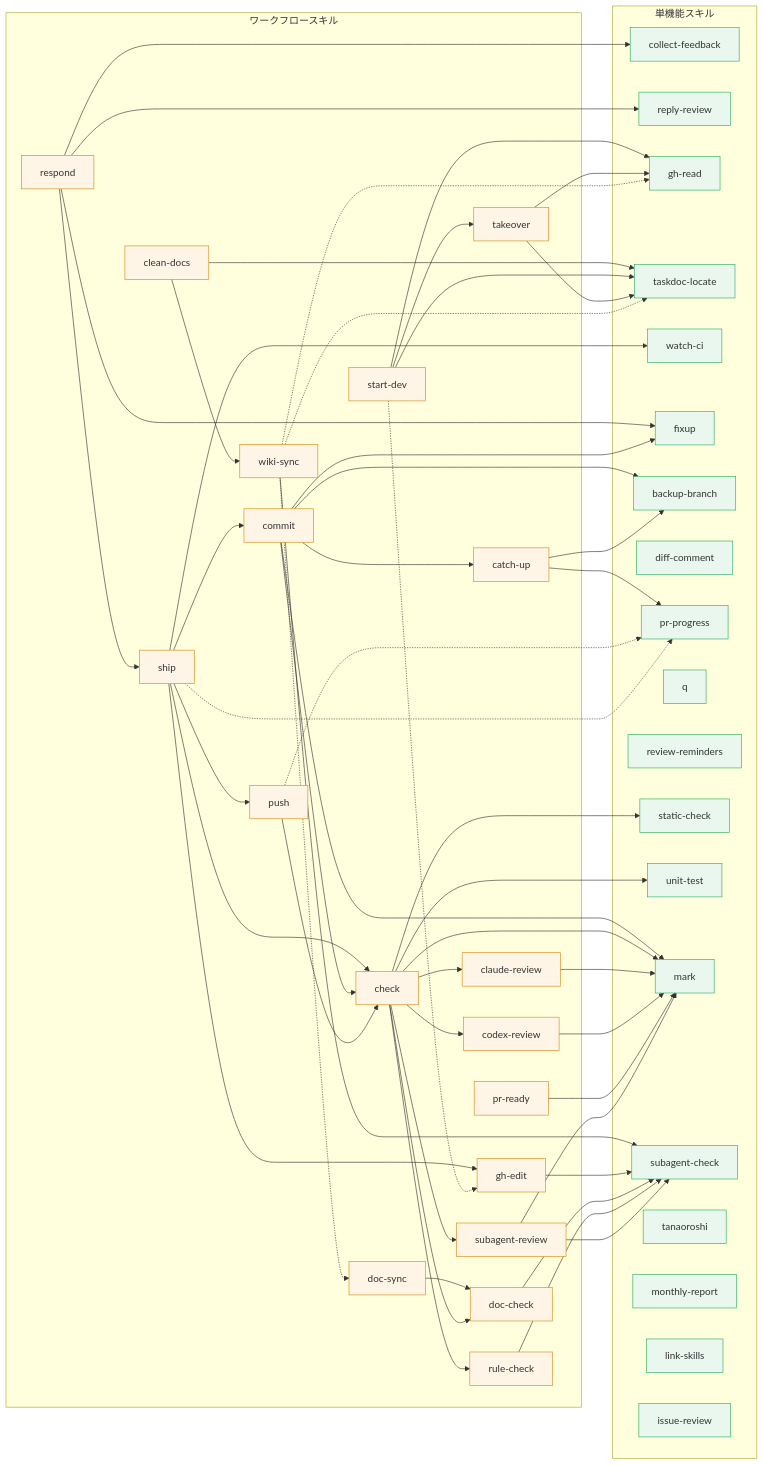
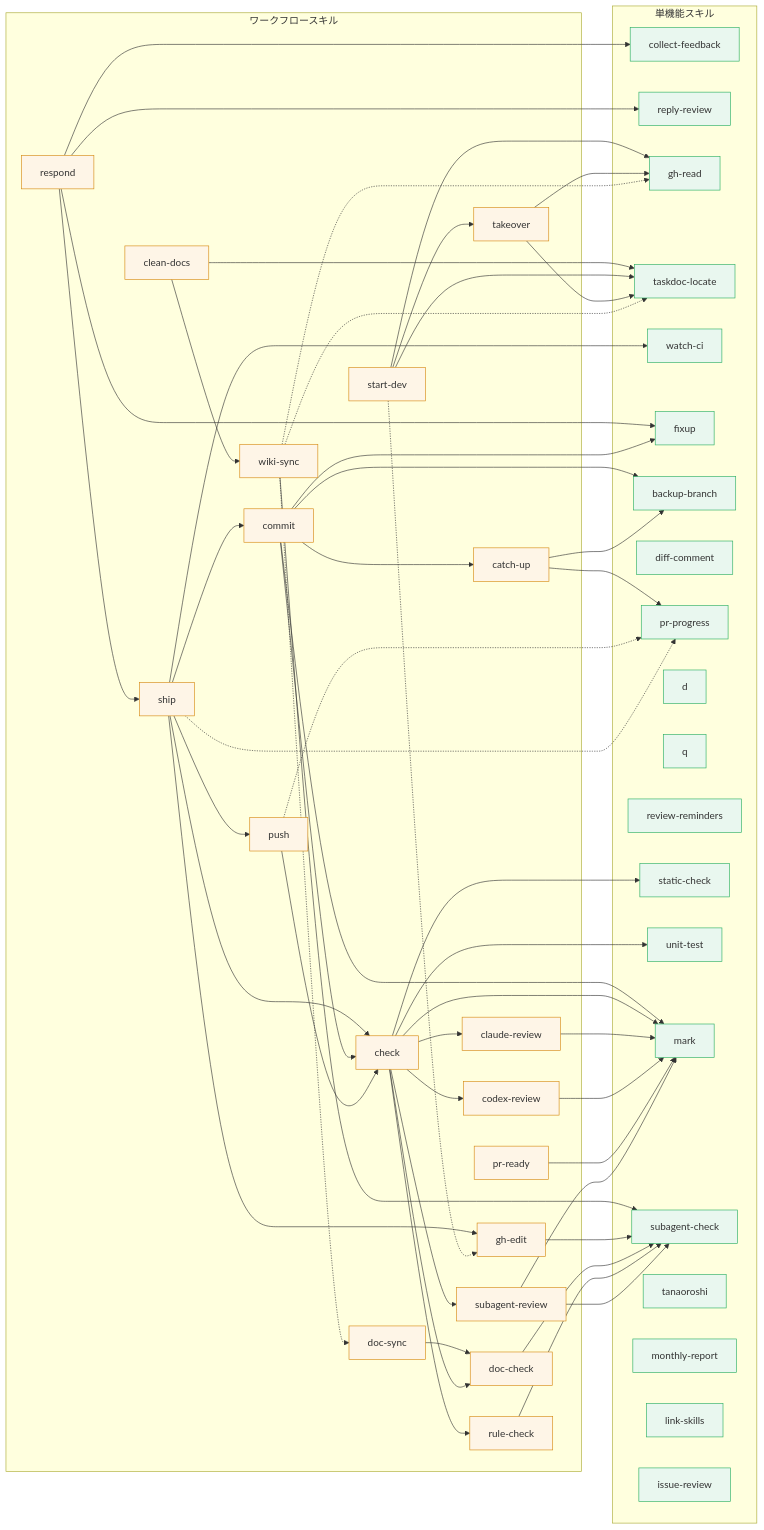
The second of 2 diagrams in README.md (mistbind3u88/bonsai), drawn with Mermaid before and after one commit. The commit also changed other lines of this file and 4 other files, not shown here.

```diff
--- a/README.md
+++ b/README.md
@@ -134,6 +135,7 @@
         backup-branch:::single
         diff-comment:::single
         pr-progress:::single
+        d:::single
         q:::single
         review-reminders:::single
         static-check:::single
```
